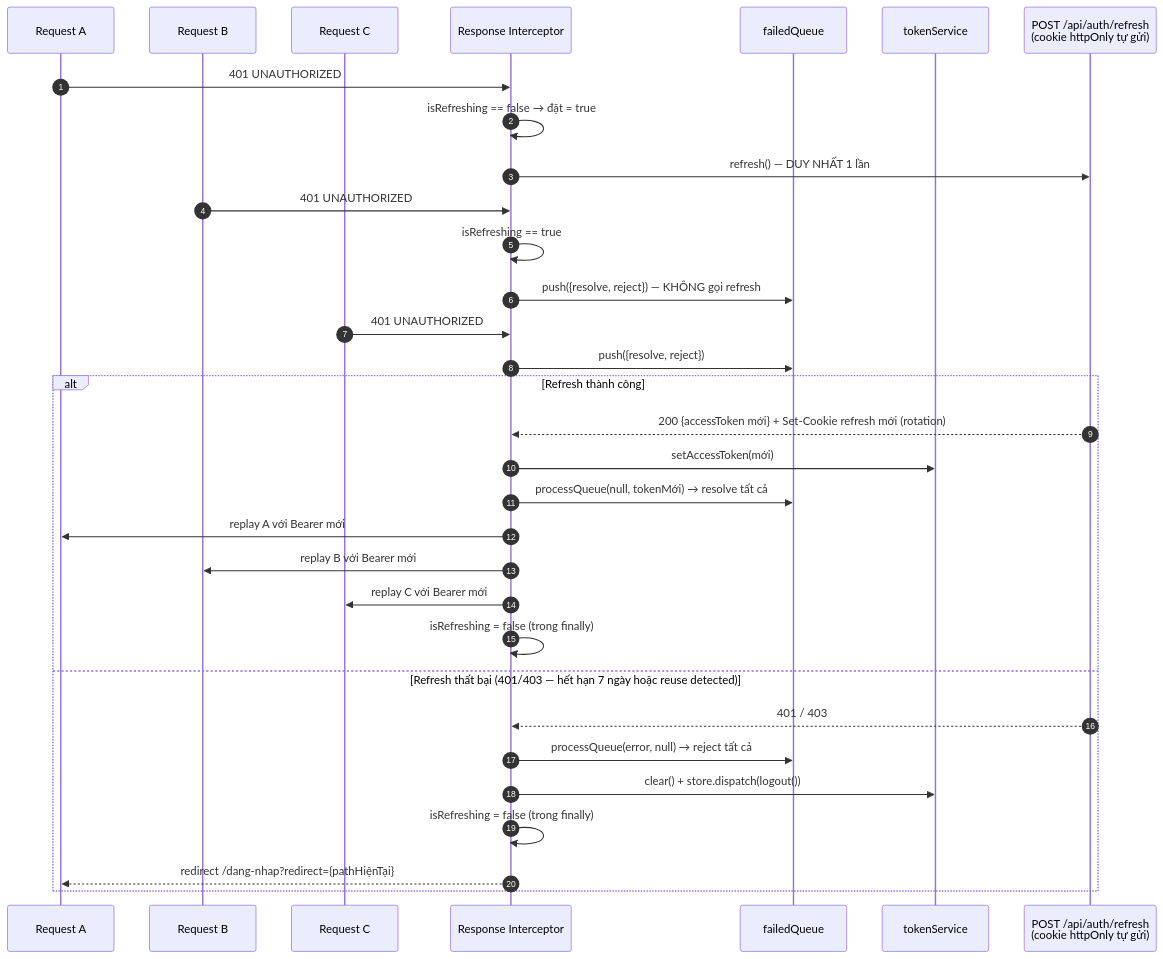
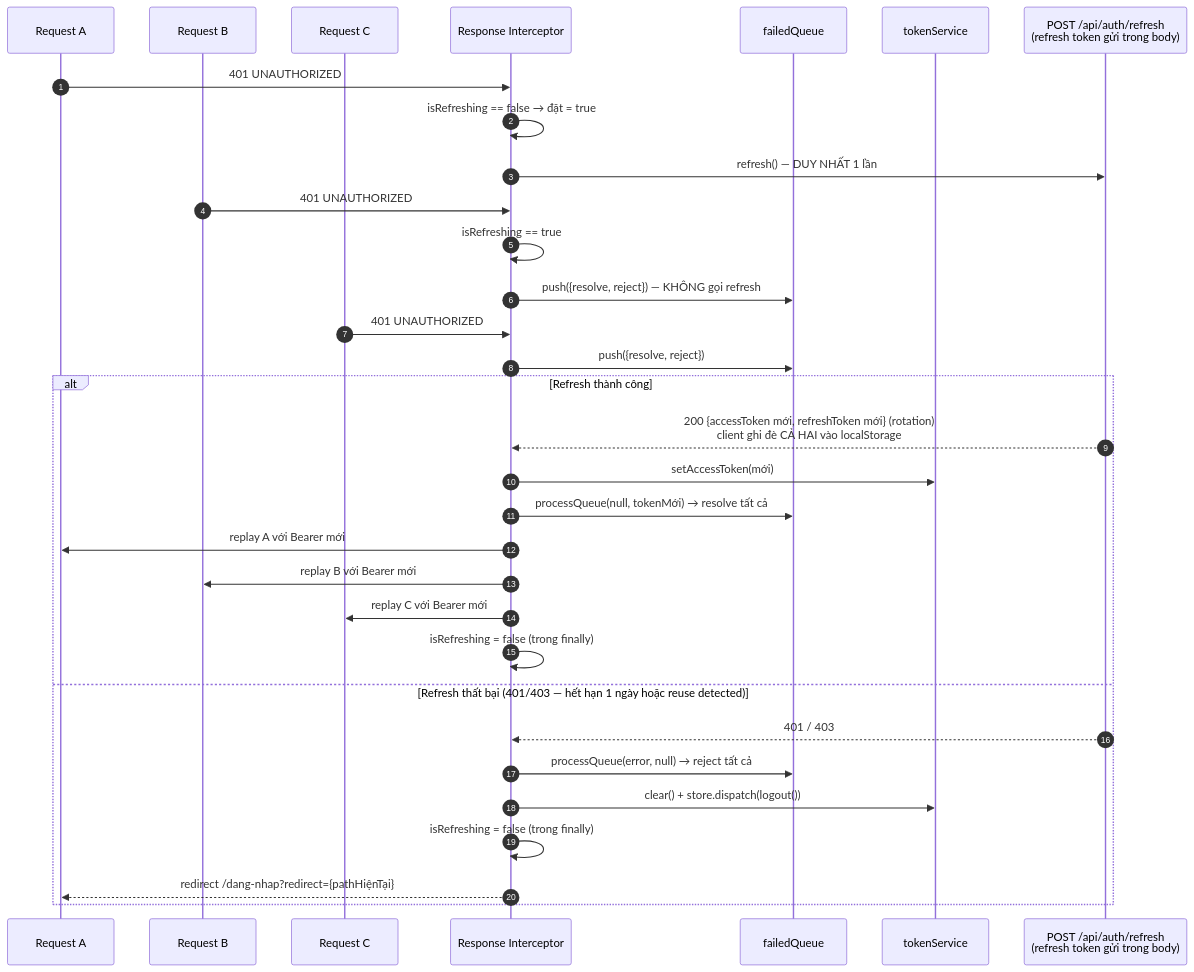
The eighth of 14 diagrams in DOANTOTNGHIEP/docs/01_KIEN_TRUC_HE_THONG.md (hoanxsyp/DoAnTotNghiep_Web), drawn with Mermaid before and after one commit. The commit also changed other lines of this file and 131 other files, not shown here.

````diff
--- a/DOANTOTNGHIEP/docs/01_KIEN_TRUC_HE_THONG.md
+++ b/DOANTOTNGHIEP/docs/01_KIEN_TRUC_HE_THONG.md
@@ -1022,36 +1063,36 @@
 ```mermaid
 sequenceDiagram
     autonumber
     participant R1 as Request A
     participant R2 as Request B
     participant R3 as Request C
     participant IC as Response Interceptor
     participant Q as failedQueue
     participant TS as tokenService
-    participant BE as POST /api/auth/refresh<br/>(cookie httpOnly tự gửi)
+    participant BE as POST /api/auth/refresh<br/>(refresh token gửi trong body)
 
     R1->>IC: 401 UNAUTHORIZED
     IC->>IC: isRefreshing == false → đặt = true
     IC->>BE: refresh() — DUY NHẤT 1 lần
     R2->>IC: 401 UNAUTHORIZED
     IC->>IC: isRefreshing == true
     IC->>Q: push({resolve, reject}) — KHÔNG gọi refresh
     R3->>IC: 401 UNAUTHORIZED
     IC->>Q: push({resolve, reject})
 
     alt Refresh thành công
-        BE-->>IC: 200 {accessToken mới} + Set-Cookie refresh mới (rotation)
+        BE-->>IC: 200 {accessToken mới, refreshToken mới} (rotation)<br/>client ghi đè CẢ HAI vào localStorage
         IC->>TS: setAccessToken(mới)
         IC->>Q: processQueue(null, tokenMới) → resolve tất cả
         IC->>R1: replay A với Bearer mới
         IC->>R2: replay B với Bearer mới
         IC->>R3: replay C với Bearer mới
         IC->>IC: isRefreshing = false (trong finally)
-    else Refresh thất bại (401/403 — hết hạn 7 ngày hoặc reuse detected)
+    else Refresh thất bại (401/403 — hết hạn 1 ngày hoặc reuse detected)
         BE-->>IC: 401 / 403
         IC->>Q: processQueue(error, null) → reject tất cả
         IC->>TS: clear() + store.dispatch(logout())
         IC->>IC: isRefreshing = false (trong finally)
         IC-->>R1: redirect /dang-nhap?redirect={pathHiệnTại}
     end
 ```
````
